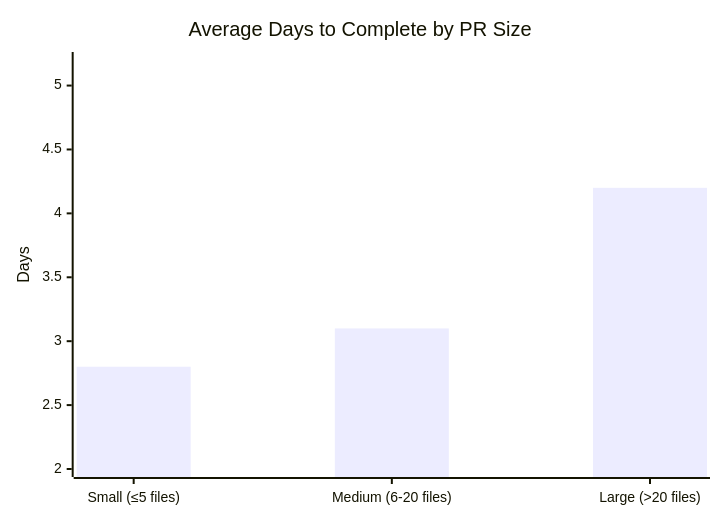
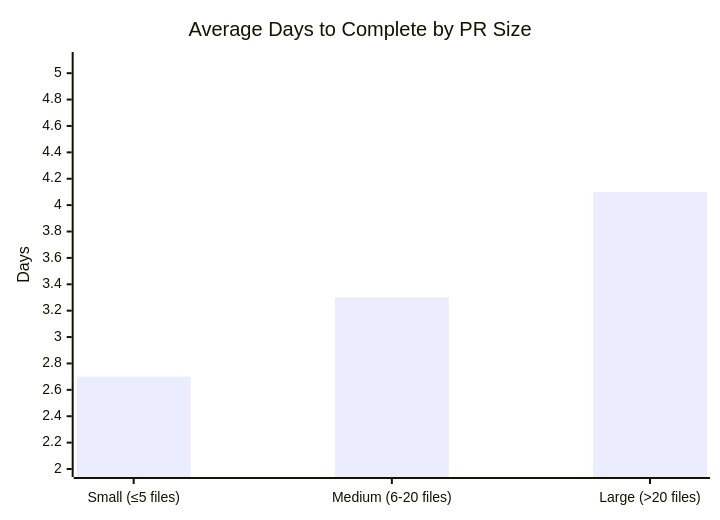
The third of 9 diagrams in docs/contributions.md (microsoft/edge-ai), drawn with Mermaid before and after one commit. The commit also changed other lines of this file and 9 other files, not shown here.

First line of the commit message:
feat(reporting): add scenario to capability to feature mapping graphic - Merged PR 292

````diff
--- a/docs/contributions.md
+++ b/docs/contributions.md
@@ -56,8 +56,8 @@
 ``` mermaid
 
 xychart-beta
     title "Average Days to Complete by PR Size"
     x-axis ["Small (≤5 files)", "Medium (6-20 files)", "Large (>20 files)"]
-    y-axis "Days" 2 --> 5.2
-    bar [2.8, 3.1, 4.2]
+    y-axis "Days" 2 --> 5.1
+    bar [2.7, 3.3, 4.1]
 ```
````
